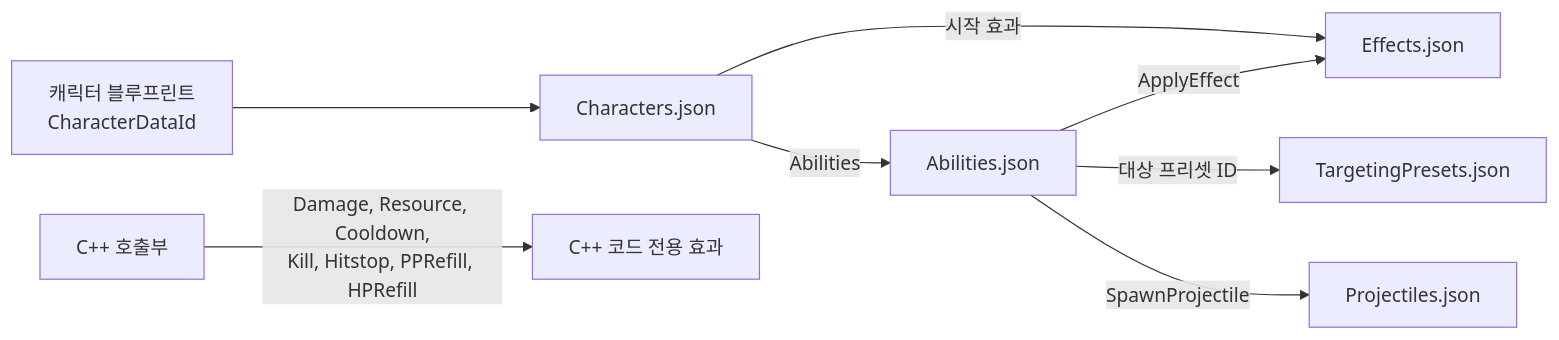
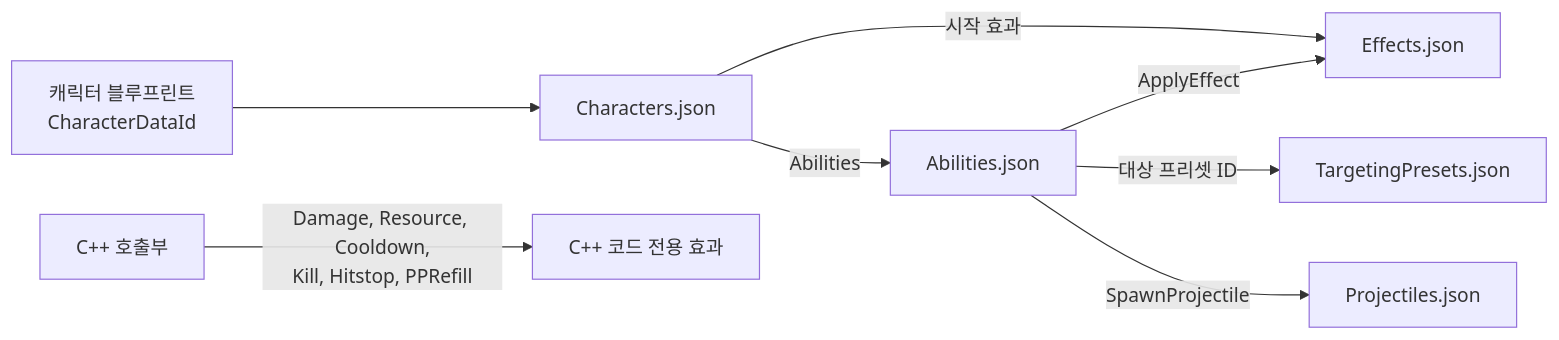
The first of 2 diagrams in Docs/Architecture/데이터 로딩과 스키마.md (Woogl/Ag), drawn with Mermaid before and after one commit. The commit also changed other lines of this file and 34 other files, not shown here.

````diff
--- a/Docs/Architecture/데이터 로딩과 스키마.md
+++ b/Docs/Architecture/데이터 로딩과 스키마.md
@@ -45,10 +45,10 @@
 ```mermaid
 flowchart LR
     BP["캐릭터 블루프린트<br>CharacterDataId"] --> C["Characters.json"]
     C -->|"Abilities"| A["Abilities.json"]
     C -->|"시작 효과"| E["Effects.json"]
     A -->|"ApplyEffect"| E
     A -->|"대상 프리셋 ID"| G["TargetingPresets.json"]
     A -->|"SpawnProjectile"| P["Projectiles.json"]
-    K["C++ 호출부"] -->|"Damage, Resource, Cooldown,<br>Kill, Hitstop, PPRefill, HPRefill"| N["C++ 코드 전용 효과"]
+    K["C++ 호출부"] -->|"Damage, Resource, Cooldown,<br>Kill, Hitstop, PPRefill"| N["C++ 코드 전용 효과"]
 ```
````
